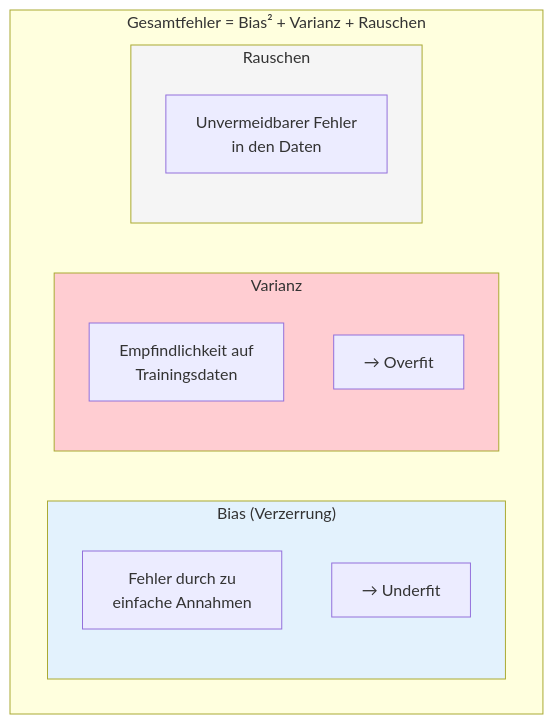
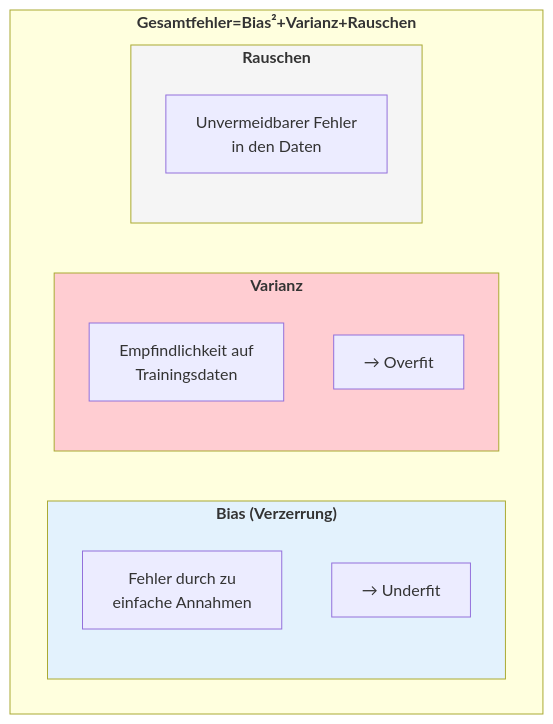
The third of 7 diagrams in docs/concepts/evaluate/overfitting.md (ralf-42/ML_Intro), drawn with Mermaid before and after one commit. The commit also changed other lines of this file and 6 other files, not shown here.

````diff
--- a/docs/concepts/evaluate/overfitting.md
+++ b/docs/concepts/evaluate/overfitting.md
@@ -104,24 +104,24 @@
 ```mermaid
 flowchart TB
-    subgraph error["Gesamtfehler = Bias² + Varianz + Rauschen"]
+    subgraph error["<b>Gesamtfehler=Bias²+Varianz+Rauschen"]
         direction LR
         
-        subgraph bias["Bias (Verzerrung)"]
+        subgraph bias["<b>Bias (Verzerrung)"]
             B1["Fehler durch zu<br/>einfache Annahmen"]
             B2["→ Underfit"]
         end
         
-        subgraph variance["Varianz"]
+        subgraph variance["<b>Varianz"]
             V1["Empfindlichkeit auf<br/>Trainingsdaten"]
             V2["→ Overfit"]
         end
         
-        subgraph noise["Rauschen"]
+        subgraph noise["<b>Rauschen"]
             N1["Unvermeidbarer Fehler<br/>in den Daten"]
         end
     end
     
     style bias fill:#e3f2fd
     style variance fill:#ffcdd2
     style noise fill:#f5f5f5
 ```
````
